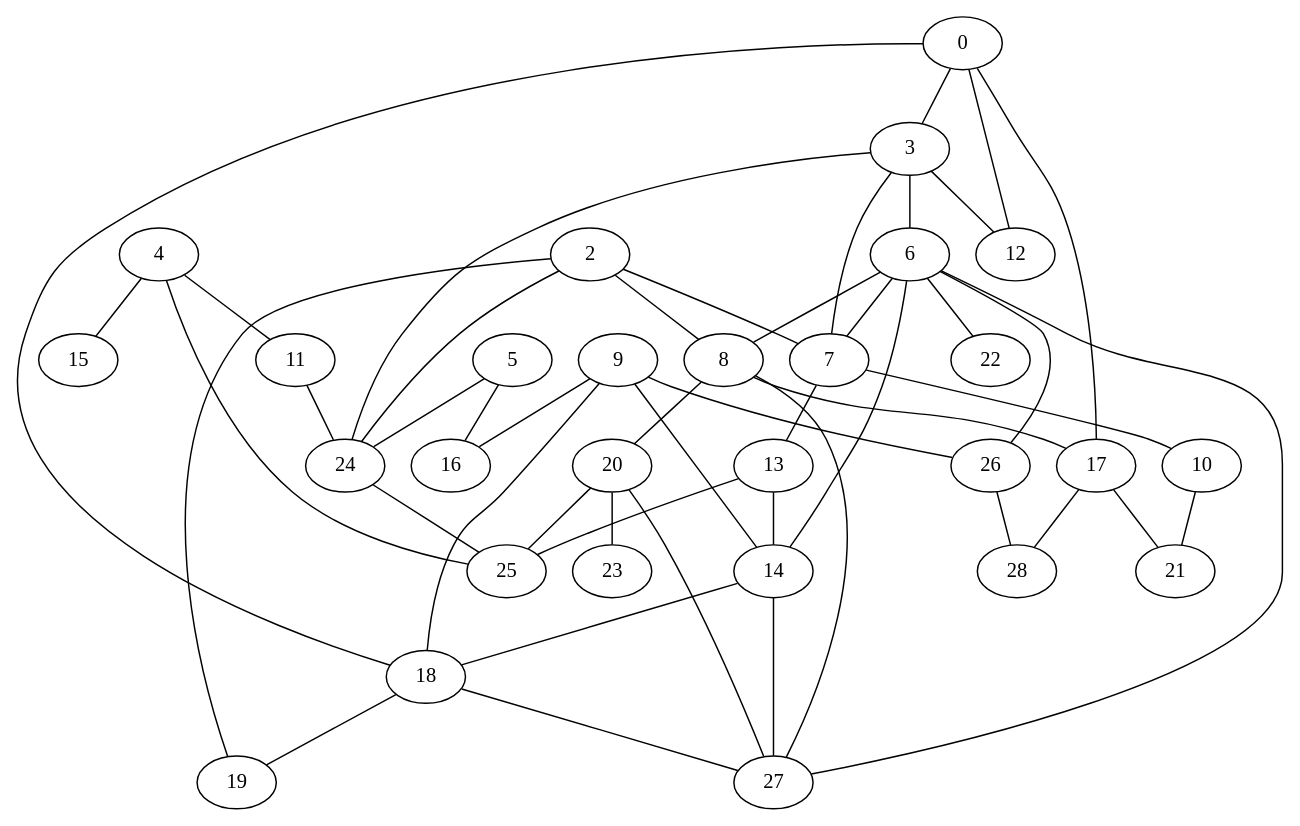
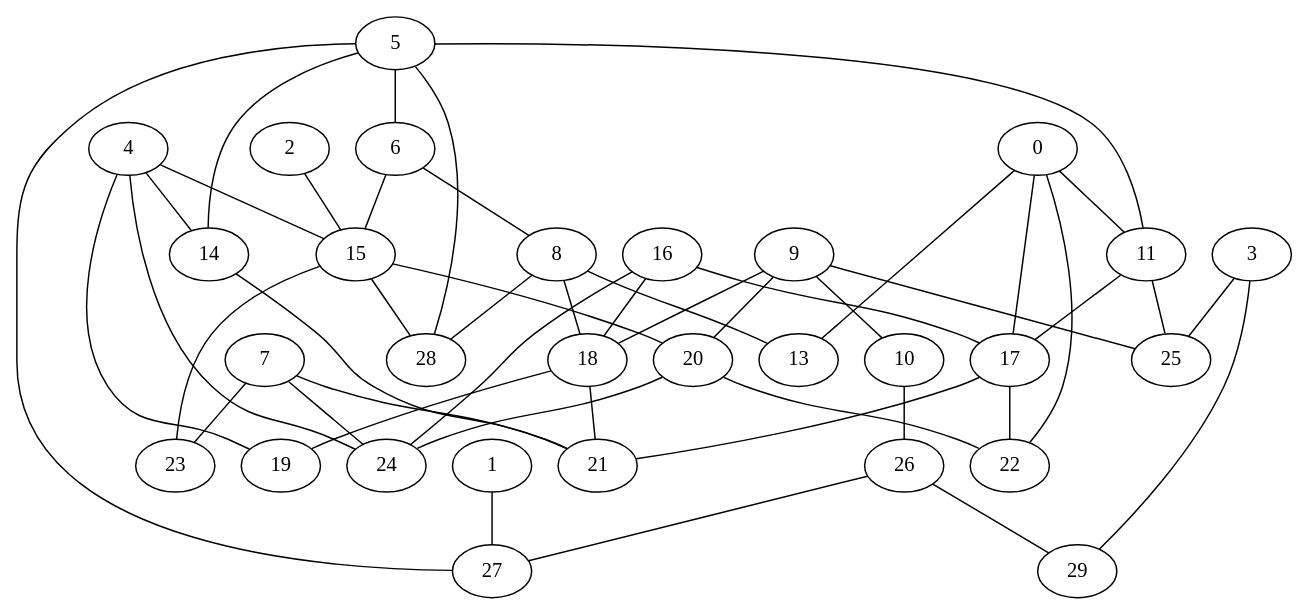
The diagram in grafo_gilbert_30.gv (FranciscoMGL/Proyecto-Algoritmos), drawn with Graphviz before and after one commit. The commit also changed 24 other files, not shown here.

```diff
--- a/grafo_gilbert_30.gv
+++ b/grafo_gilbert_30.gv
@@ -1,49 +1,49 @@
 graph G {
-    "3" -- "7";
-    "20" -- "23";
-    "6" -- "27";
+    "6" -- "15";
+    "7" -- "23";
+    "26" -- "27";
     "4" -- "15";
-    "5" -- "16";
-    "9" -- "14";
+    "3" -- "25";
+    "4" -- "24";
     "17" -- "21";
-    "2" -- "8";
+    "8" -- "18";
+    "5" -- "28";
+    "0" -- "11";
     "0" -- "17";
-    "9" -- "26";
-    "10" -- "21";
-    "13" -- "14";
-    "8" -- "27";
-    "7" -- "10";
+    "9" -- "20";
+    "11" -- "17";
     "6" -- "8";
-    "6" -- "14";
-    "7" -- "13";
+    "15" -- "23";
+    "1" -- "27";
+    "15" -- "20";
     "18" -- "19";
-    "6" -- "26";
-    "20" -- "25";
-    "3" -- "6";
-    "3" -- "12";
-    "14" -- "18";
-    "4" -- "11";
-    "3" -- "24";
-    "9" -- "16";
-    "14" -- "27";
-    "2" -- "7";
-    "5" -- "24";
-    "8" -- "17";
-    "8" -- "20";
-    "2" -- "19";
-    "6" -- "7";
-    "24" -- "25";
-    "13" -- "25";
-    "26" -- "28";
-    "6" -- "22";
-    "18" -- "27";
-    "20" -- "27";
-    "0" -- "3";
-    "4" -- "25";
-    "0" -- "12";
-    "17" -- "28";
+    "26" -- "29";
+    "5" -- "6";
+    "4" -- "14";
+    "20" -- "22";
+    "14" -- "21";
+    "9" -- "10";
+    "0" -- "13";
+    "5" -- "27";
+    "9" -- "25";
+    "0" -- "22";
+    "10" -- "26";
+    "11" -- "25";
+    "16" -- "18";
+    "16" -- "24";
+    "7" -- "21";
+    "15" -- "28";
+    "18" -- "21";
+    "7" -- "24";
+    "20" -- "24";
+    "5" -- "11";
+    "4" -- "19";
+    "5" -- "14";
+    "3" -- "29";
+    "8" -- "13";
+    "17" -- "22";
     "9" -- "18";
-    "0" -- "18";
-    "11" -- "24";
-    "2" -- "24";
+    "8" -- "28";
+    "2" -- "15";
+    "16" -- "17";
 }
```
